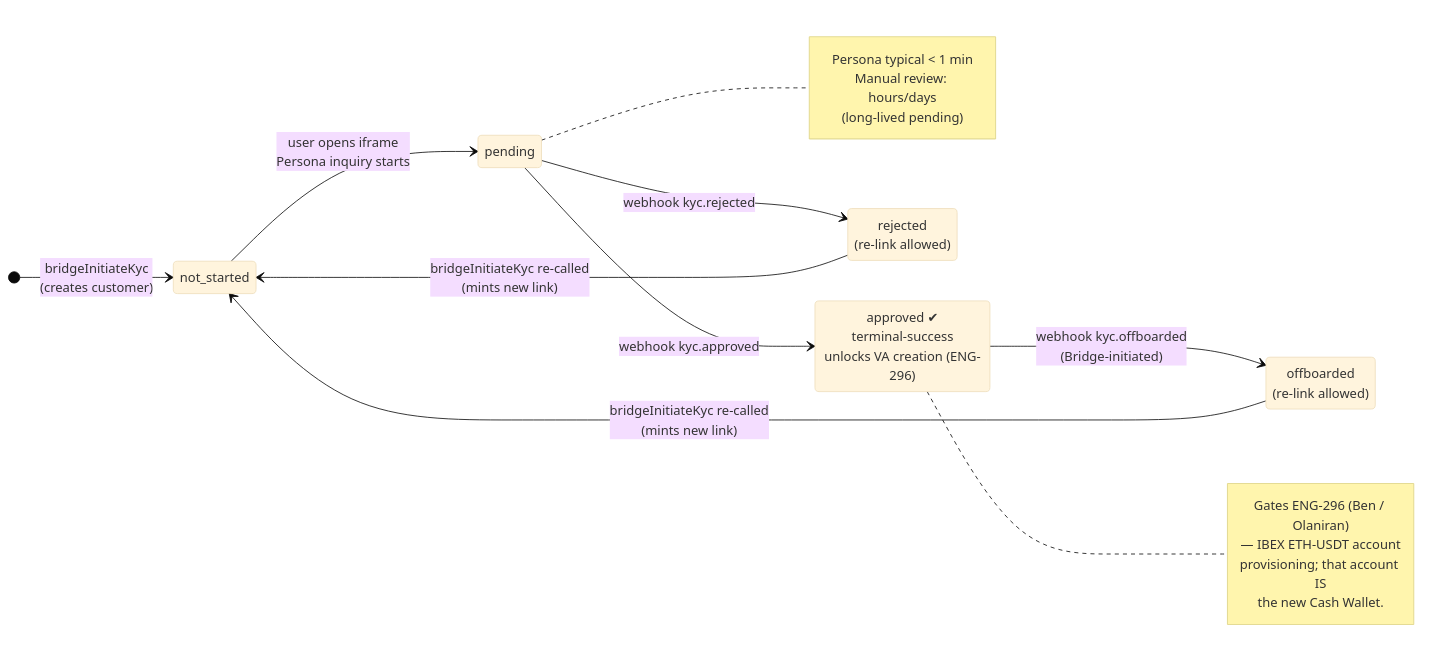
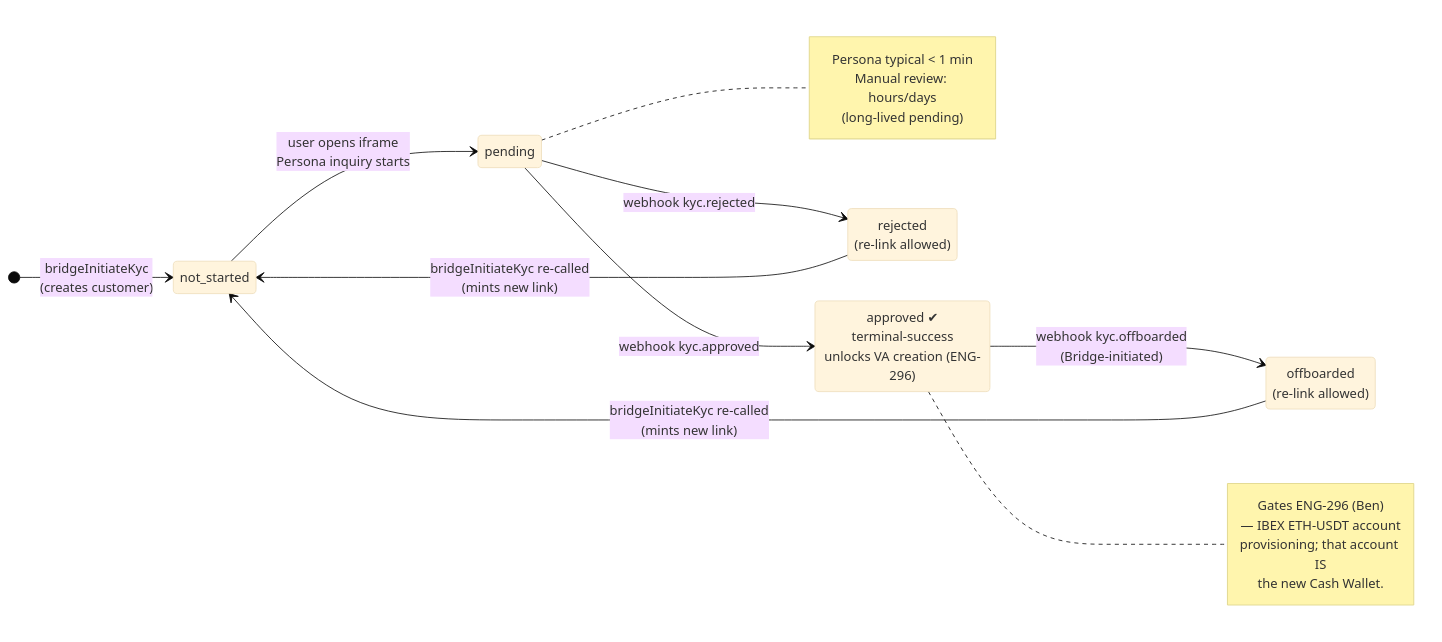
Before and after one commit to lnflash/flash: the second of 10 diagrams in docs/bridge-integration/FLOWS.md, drawn with Mermaid (base theme). The commit also changed other lines of this file and 1 other file, not shown here.

First line of the commit message:
docs(bridge): Olaniran load-shed + §5.2 direction-of-funds fix + §3 ELI5

````diff
--- a/docs/bridge-integration/FLOWS.md
+++ b/docs/bridge-integration/FLOWS.md
@@ -128,27 +139,27 @@
 ```mermaid
 stateDiagram-v2
     direction LR
     [*] --> not_started: bridgeInitiateKyc<br/>(creates customer)
     not_started --> pending: user opens iframe<br/>Persona inquiry starts
     pending --> approved: webhook kyc.approved
     pending --> rejected: webhook kyc.rejected
     approved --> offboarded: webhook kyc.offboarded<br/>(Bridge-initiated)
     rejected --> not_started: bridgeInitiateKyc re-called<br/>(mints new link)
     offboarded --> not_started: bridgeInitiateKyc re-called<br/>(mints new link)
 
     approved: approved ✔<br/>terminal-success<br/>unlocks VA creation (ENG-296)
     rejected: rejected<br/>(re-link allowed)
     offboarded: offboarded<br/>(re-link allowed)
 
     note right of pending
         Persona typical < 1 min
         Manual review: hours/days
         (long-lived pending)
     end note
     note right of approved
-        Gates ENG-296 (Ben / Olaniran)
+        Gates ENG-296 (Ben)
         — IBEX ETH-USDT account
         provisioning; that account IS
         the new Cash Wallet.
     end note
 ```
````
